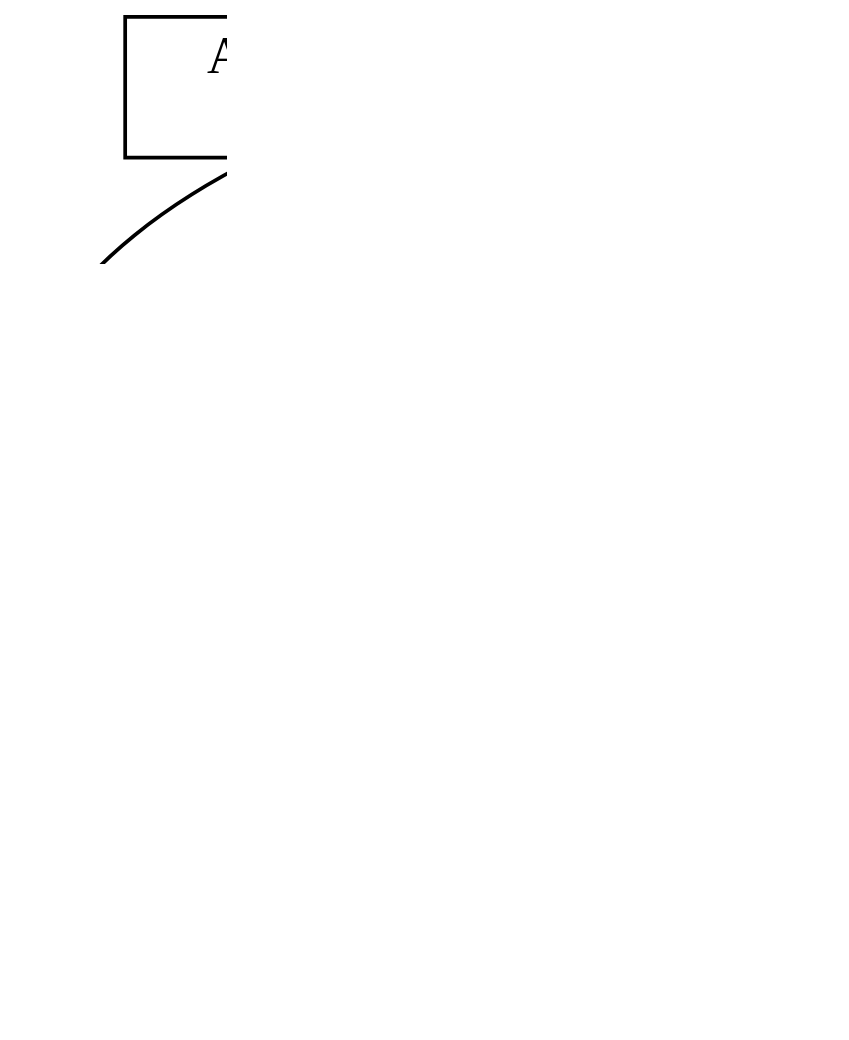
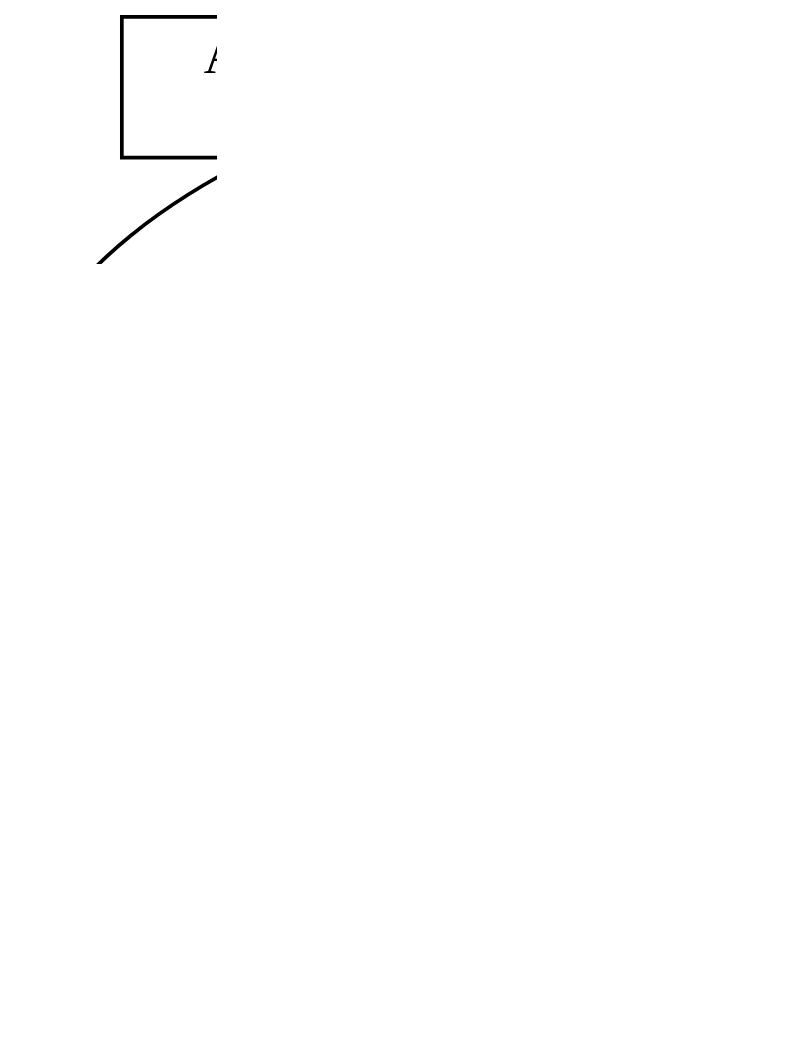
Before and after one commit to basictask/Intelligencia: the diagram in 5_ql/doc/graphs/ql_4.dot, drawn with Graphviz. The commit also changed 41 other files, not shown here.

```diff
--- a/5_ql/doc/graphs/ql_4.dot
+++ b/5_ql/doc/graphs/ql_4.dot
@@ -1,15 +1,15 @@
 digraph qlearning {
     graph[dpi=300]
 
     interact [label="Az ügynök cselekszik\na környezetben", shape="rectangle"]
     learn [label="Q(s,a) tanulása\na minta alapján", shape="rectangle"]
     update [label="Politika frissítése", shape="rectangle"]
     replay [label="Tapasztalat visszajátszás", shape="cylinder"]
 
     interact -> learn
     learn -> update
     update -> interact
-    interact -> replay [label=" [s,a,r,s']"]
-    replay -> learn [label=" minta [s,a,r,s']"]
+    interact -> replay [label=" s,a,r,s'"]
+    replay -> learn [label="mintavétel: s,a,r,s'"]
 
 }
```
